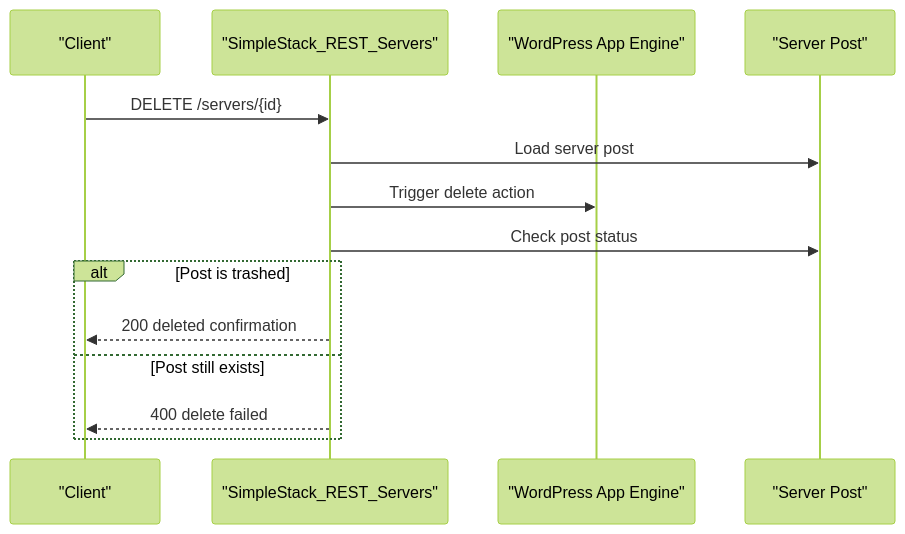
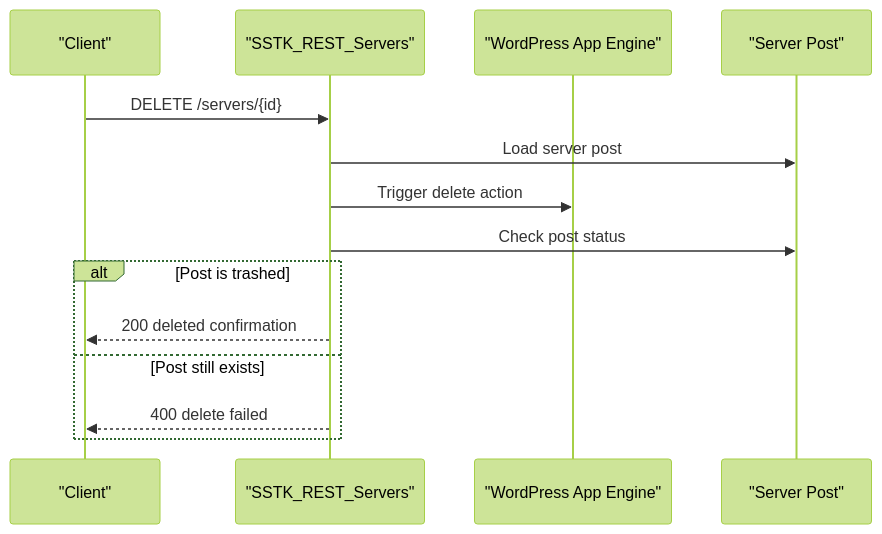
One commit to onedogsolutions/simple-stack changed the fourth of 6 diagrams in .qoder/repowiki/en/content/REST API Reference/Servers API.md. Above: the diagram before and after it, drawn with Mermaid (forest theme). The commit also changed other lines of this file and 5941 other files, not shown here.

First line of the commit message:
refactor(core): rebrand WPCloudDeploy to Simple Stack with new namespaces and prefixes

````diff
--- a/.qoder/repowiki/en/content/REST API Reference/Servers API.md
+++ b/.qoder/repowiki/en/content/REST API Reference/Servers API.md
@@ -388,16 +393,16 @@
 ```mermaid
 sequenceDiagram
 participant Client as "Client"
-participant Controller as "SimpleStack_REST_Servers"
+participant Controller as "SSTK_REST_Servers"
 participant App as "WordPress App Engine"
 participant Post as "Server Post"
 Client->>Controller : DELETE /servers/{id}
 Controller->>Post : Load server post
 Controller->>App : Trigger delete action
 Controller->>Post : Check post status
 alt Post is trashed
 Controller-->>Client : 200 deleted confirmation
 else Post still exists
 Controller-->>Client : 400 delete failed
 end
 ```
````
